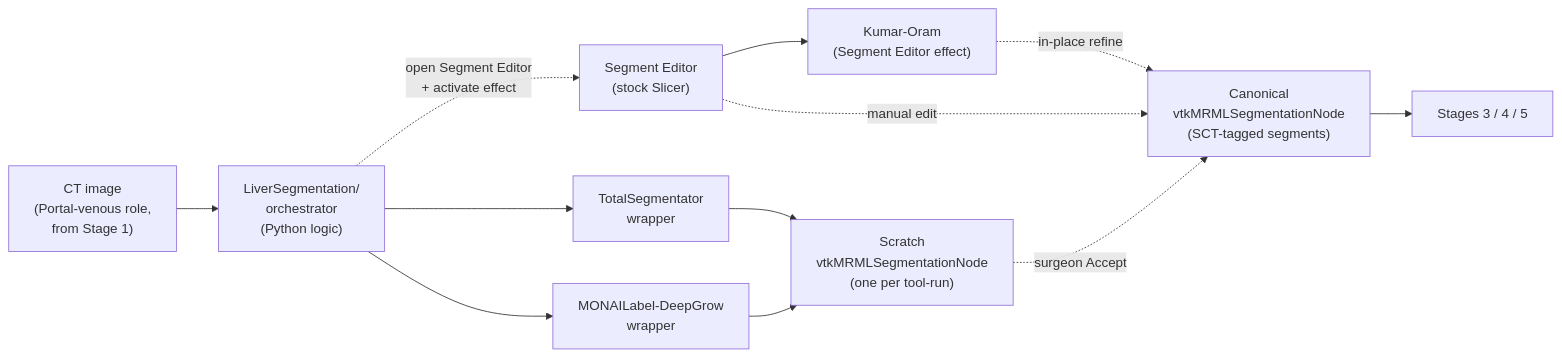
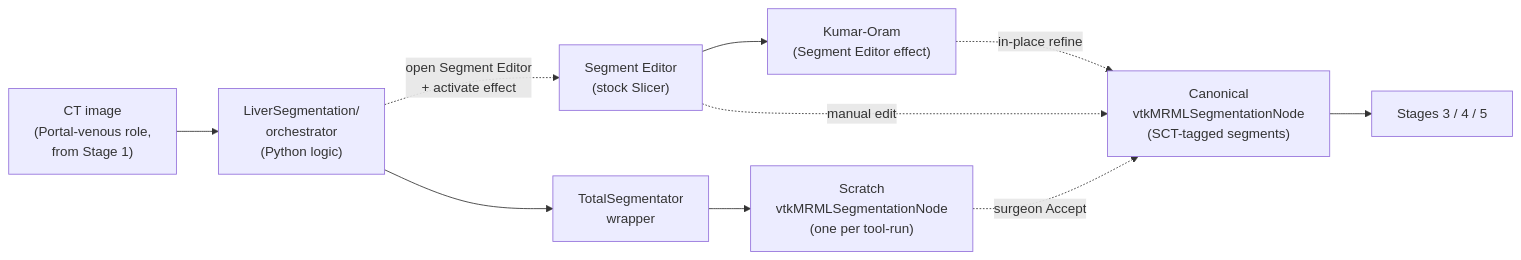
One commit to ALive-research/Slicer-Liver changed the diagram in Docs/adr/0024-segmentation-orchestration.md. Above: the diagram before and after it, drawn with Mermaid. The commit also changed other lines of this file, not shown here.

````diff
--- a/Docs/adr/0024-segmentation-orchestration.md
+++ b/Docs/adr/0024-segmentation-orchestration.md
@@ -79,24 +84,21 @@
 ```mermaid
 flowchart LR
     Image["CT image<br/>(Portal-venous role,<br/>from Stage 1)"]
     Orch["LiverSegmentation/<br/>orchestrator<br/>(Python logic)"]
     TS["TotalSegmentator<br/>wrapper"]
-    ML["MONAILabel-DeepGrow<br/>wrapper"]
     SE["Segment Editor<br/>(stock Slicer)"]
     KO["Kumar-Oram<br/>(Segment Editor effect)"]
     Scratch["Scratch<br/>vtkMRMLSegmentationNode<br/>(one per tool-run)"]
     Canonical["Canonical<br/>vtkMRMLSegmentationNode<br/>(SCT-tagged segments)"]
     Stages["Stages 3 / 4 / 5"]
 
     Image --> Orch
     Orch --> TS
-    Orch --> ML
     Orch -."open Segment Editor<br/>+ activate effect".-> SE
     SE --> KO
     TS --> Scratch
-    ML --> Scratch
     KO -.in-place refine.-> Canonical
     SE -.manual edit.-> Canonical
     Scratch -.surgeon Accept.-> Canonical
     Canonical --> Stages
 ```
````
